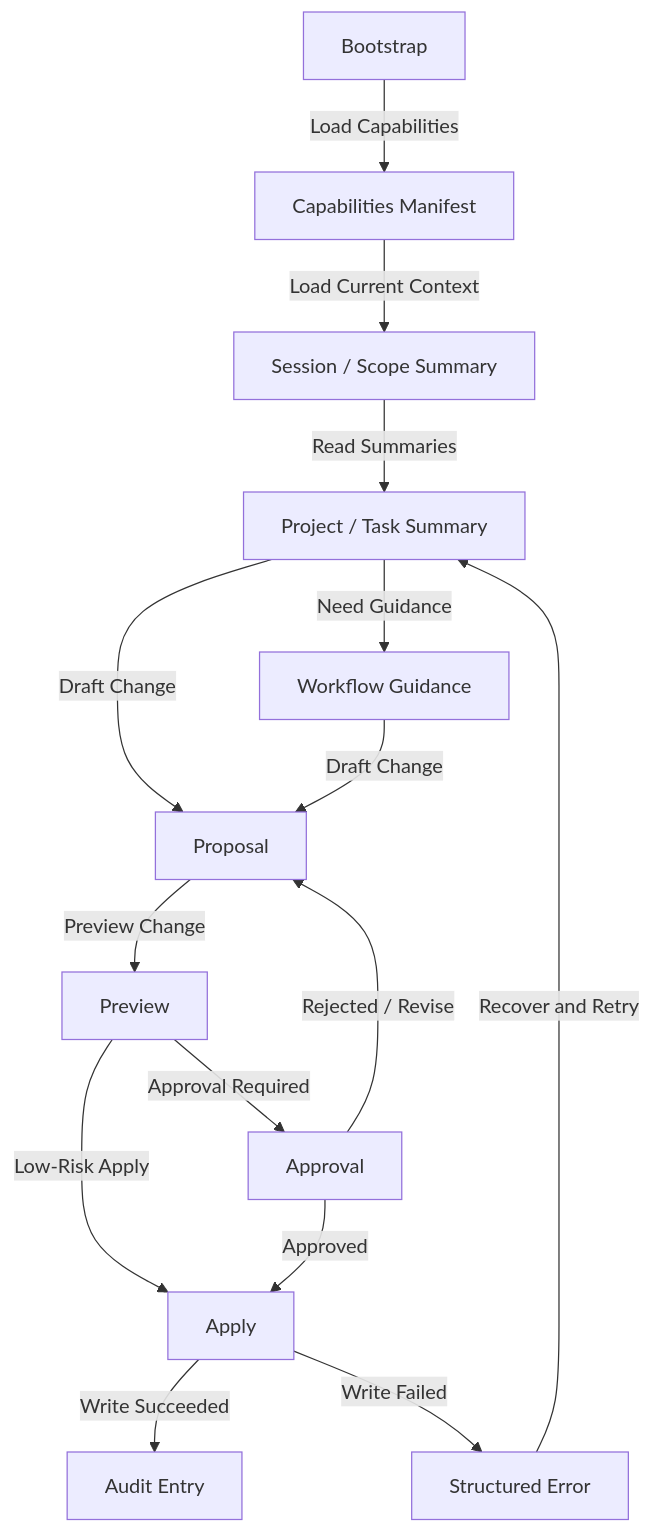
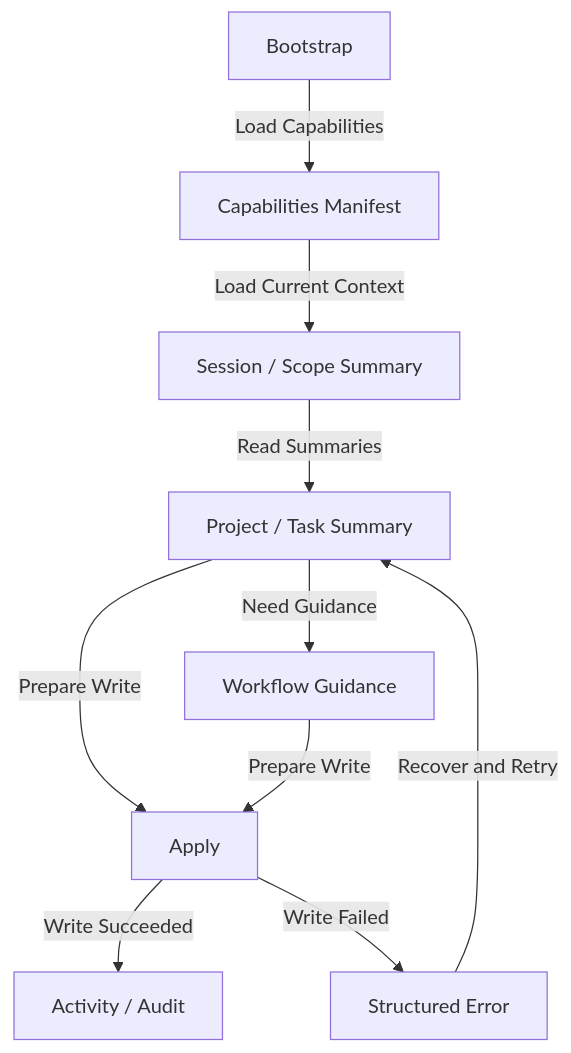
Before and after one commit to MSIT12806/RonFlow: the diagram in docs/specs/ronflow-v0.3-ai-usable-system.md, drawn with Mermaid. The commit also changed other lines of this file, not shown here.

````diff
--- a/docs/specs/ronflow-v0.3-ai-usable-system.md
+++ b/docs/specs/ronflow-v0.3-ai-usable-system.md
@@ -232,29 +229,21 @@
 ```mermaid
 flowchart TD
 	A[Bootstrap]
 	B[Capabilities Manifest]
 	C[Session / Scope Summary]
 	D[Project / Task Summary]
 	E[Workflow Guidance]
-	F[Proposal]
-	G[Preview]
-	H[Approval]
-	I[Apply]
-	J[Audit Entry]
-	K[Structured Error]
+	F[Apply]
+	G[Activity / Audit]
+	H[Structured Error]
 
 	A -->|Load Capabilities| B
 	B -->|Load Current Context| C
 	C -->|Read Summaries| D
 	D -->|Need Guidance| E
-	D -->|Draft Change| F
-	E -->|Draft Change| F
-	F -->|Preview Change| G
-	G -->|Approval Required| H
-	G -->|Low-Risk Apply| I
-	H -->|Approved| I
-	H -->|Rejected / Revise| F
-	I -->|Write Succeeded| J
-	I -->|Write Failed| K
-	K -->|Recover and Retry| D
+	D -->|Prepare Write| F
+	E -->|Prepare Write| F
+	F -->|Write Succeeded| G
+	F -->|Write Failed| H
+	H -->|Recover and Retry| D
 ```
````
